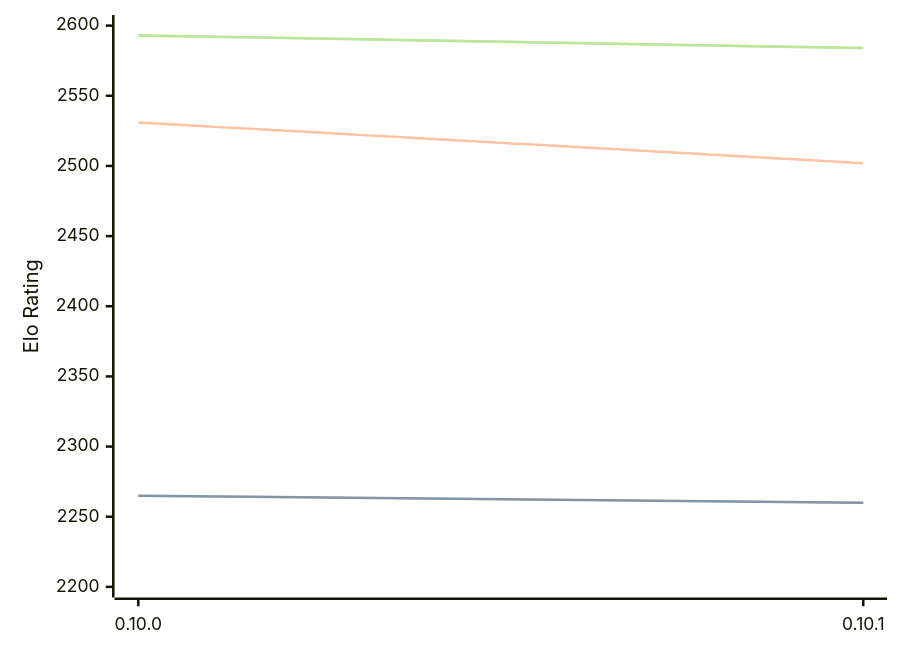
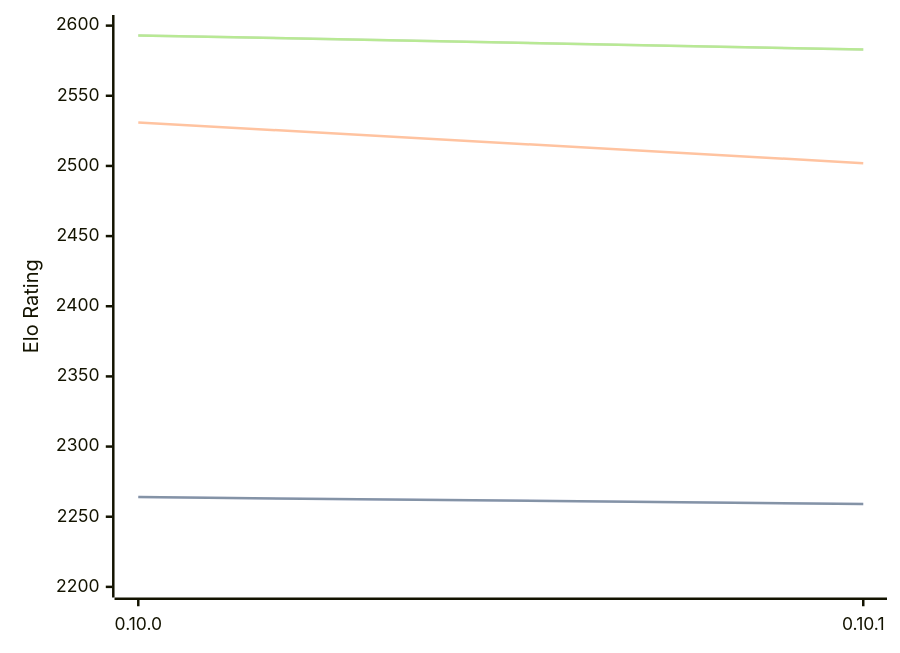
Before and after one commit to computer-chess-index/cci: the third of 3 diagrams in engines/Fatalii.md, drawn with Mermaid. The commit also changed other lines of this file, not shown here.

Commit message:
Update CCI Ratings (ELO VLTC) - 2026-06-27

````diff
--- a/engines/Fatalii.md
+++ b/engines/Fatalii.md
@@ -79,11 +79,11 @@
 ```mermaid
 %%{init: {"theme":"base","themeVariables":{"seriesColors:['#a3a3a3','#222221','#faa371']}}}%%
 xychart-beta
   x-axis ["0.10.0", "0.10.1"]
   y-axis "Elo Rating" 2200 --> 2600
-  line "STC (8.0+0.08s)" [2265, 2260]
-  line "STC (8.0+0.08s)" [2265, 2260]
+  line "STC (8.0+0.08s)" [2264, 2259]
+  line "STC (8.0+0.08s)" [2264, 2259]
   line "LTC (60.0+0.60s)" [2531, 2502]
-  line "VLTC (2m24s+1.12s)" [2593, 2584]
-  line "VLTC (2m24s+1.12s)" [2593, 2584]
+  line "VLTC (2m24s+1.12s)" [2593, 2583]
+  line "VLTC (2m24s+1.12s)" [2593, 2583]
 ```
````
